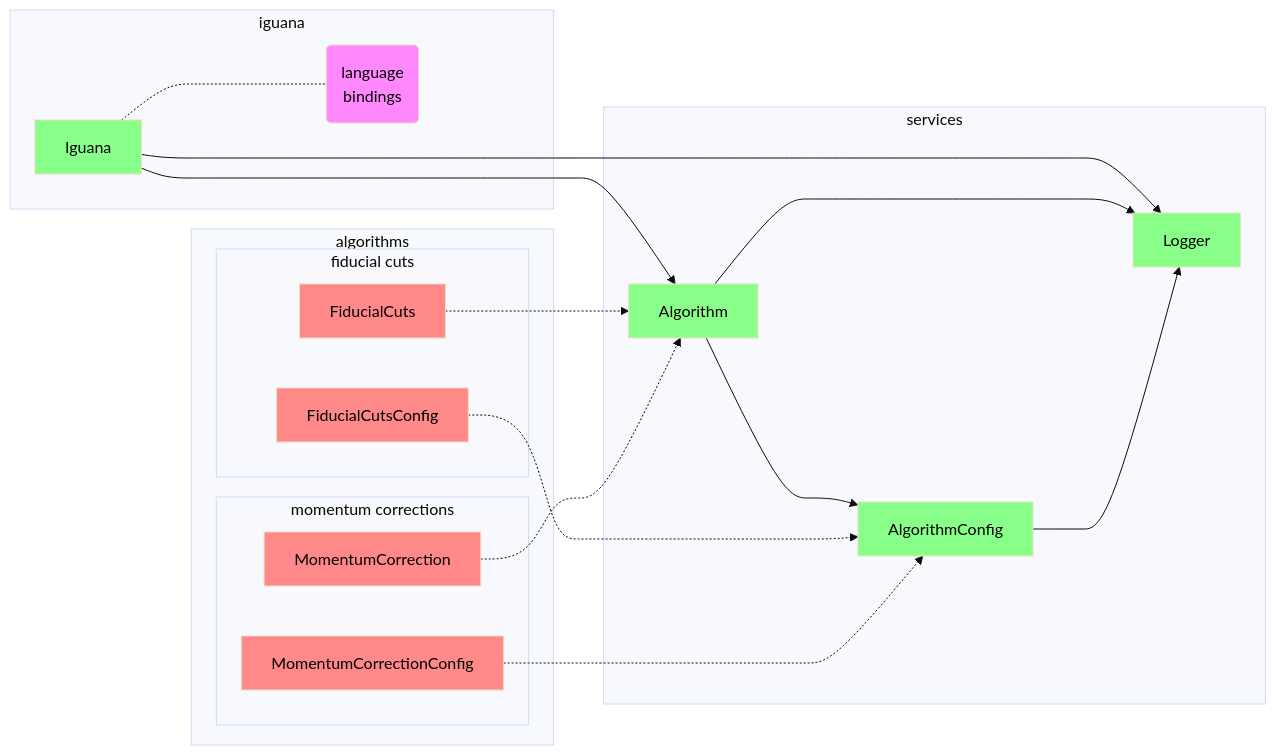
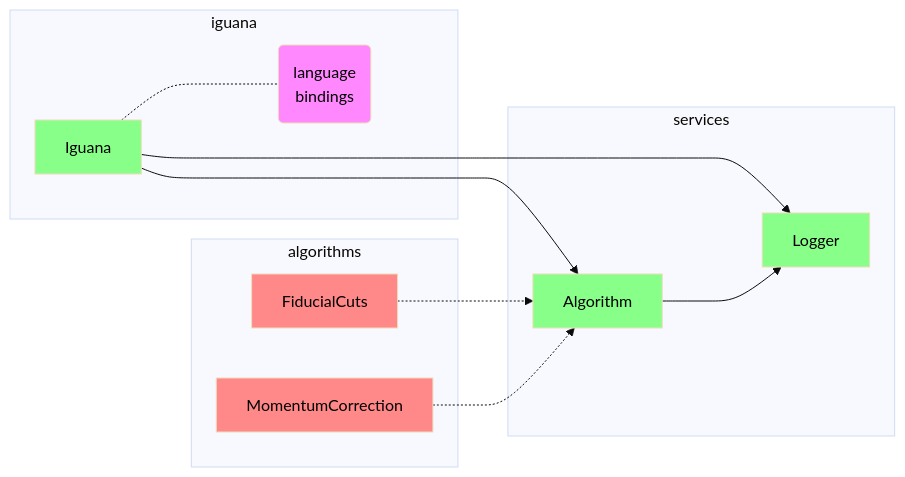
One commit to JeffersonLab/iguana changed the first of 3 diagrams in doc/design.md. Above: the diagram before and after it, drawn with Mermaid (base theme).

Commit message:
doc: remove `*Config` classes from design notes

````diff
--- a/doc/design.md
+++ b/doc/design.md
@@ -7,40 +7,29 @@
 ```mermaid
 flowchart LR
     classDef cls fill:#88ff88,color:black
     classDef algo fill:#ff8888,color:black
     classDef other fill:#ff88ff,color:black
 
     subgraph iguana
         Iguana:::cls
         bindings(language<br />bindings):::other
     end
 
     subgraph services
         Algorithm:::cls
-        AlgorithmConfig:::cls
         Logger:::cls
     end
 
     subgraph algorithms
-        subgraph fiducial cuts
-            FiducialCuts:::algo
-            FiducialCutsConfig:::algo
-        end
-        subgraph momentum corrections
-            MomentumCorrection:::algo
-            MomentumCorrectionConfig:::algo
-        end
+        FiducialCuts:::algo
+        MomentumCorrection:::algo
     end
 
     Iguana    ---> Logger
     Iguana    ---> Algorithm
     Iguana    -.-  bindings
     Algorithm ---> Logger
-    Algorithm ---> AlgorithmConfig
-    AlgorithmConfig ---> Logger
 
     FiducialCuts       -.-> Algorithm
-    FiducialCutsConfig -.-> AlgorithmConfig
     MomentumCorrection       -.-> Algorithm
-    MomentumCorrectionConfig -.-> AlgorithmConfig
 ```
````
